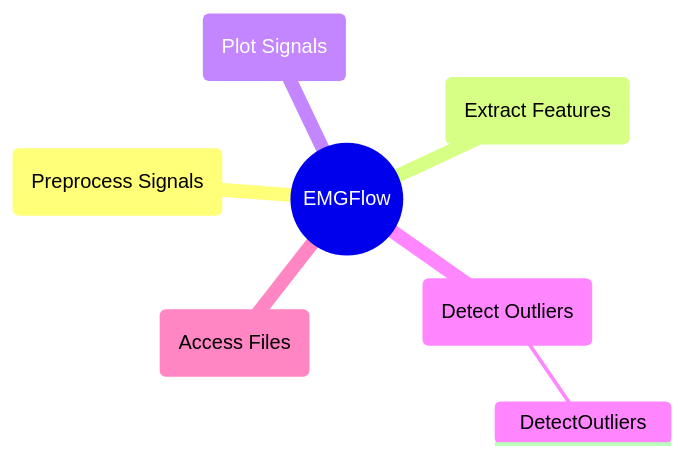
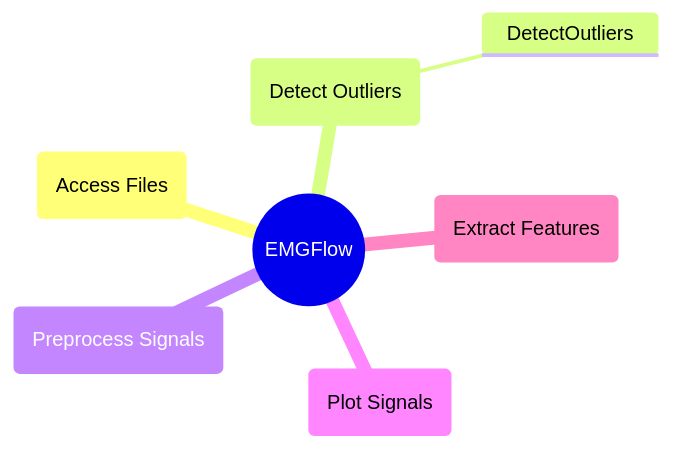
The diagram in docs/reference/detect-outliers.md (WiIIson/EMGFlow-Python-Package), drawn with Mermaid before and after one commit. The commit also changed other lines of this file and 6 other files, not shown here.

````diff
--- a/docs/reference/detect-outliers.md
+++ b/docs/reference/detect-outliers.md
@@ -7,10 +7,10 @@
 ```mermaid
 mindmap
     root((EMGFlow))
-        PrS(Preprocess Signals)
-        EF(Extract Features)
-        PlS(Plot Signals)
+        AF(Access Files)
         DO(Detect Outliers)
             DetectOutliers
-        AF(Access Files)
+        PrS(Preprocess Signals)
+        PlS(Plot Signals)
+        EF(Extract Features)
 ```
````
